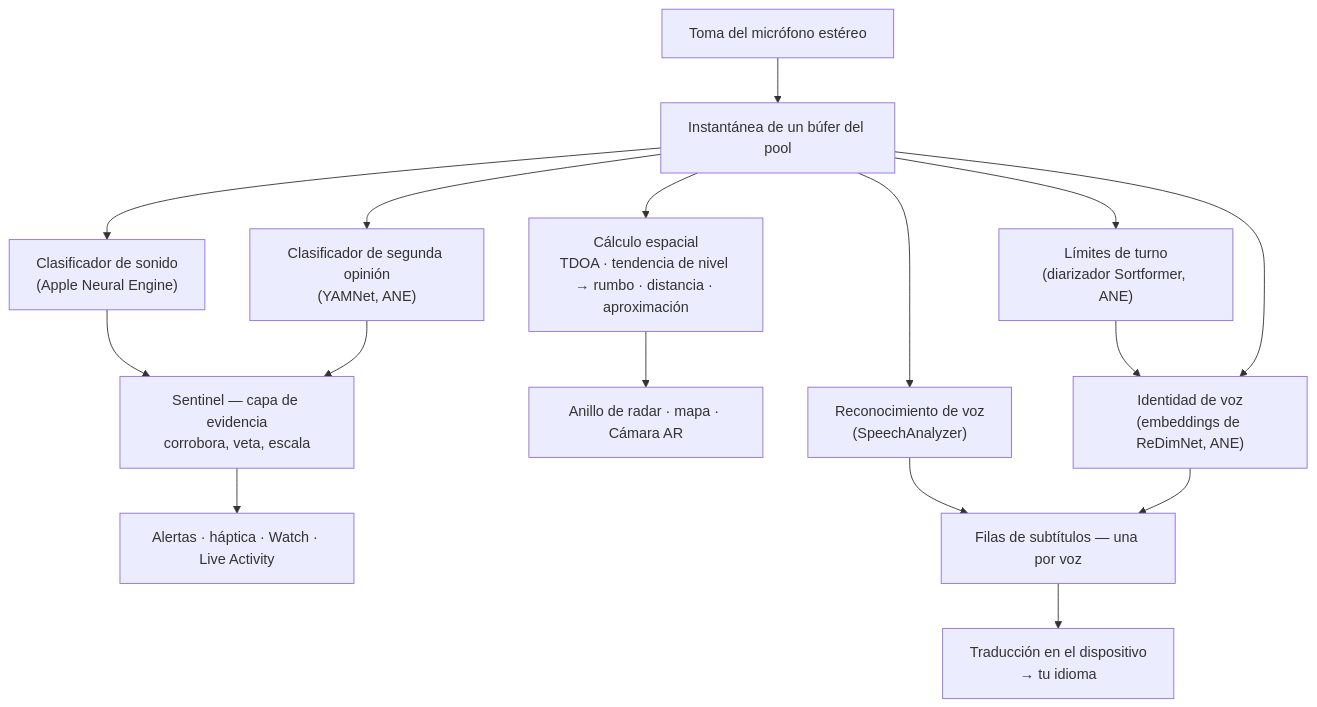
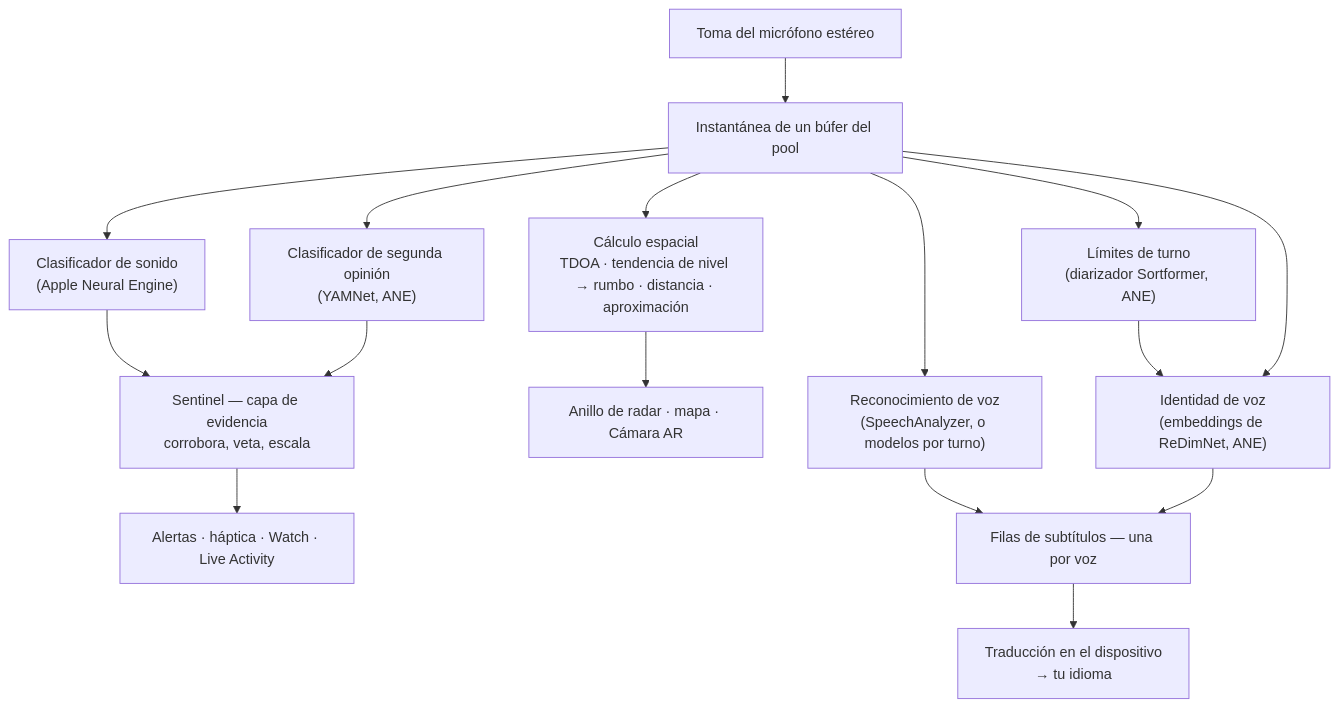
The second of 4 diagrams in README_es.md (rpalm01-star/VigilantEarLegal), drawn with Mermaid before and after one commit. The commit also changed other lines of this file and 14 other files, not shown here.

````diff
--- a/README_es.md
+++ b/README_es.md
@@ -134,18 +145,18 @@
 ```mermaid
 graph TD
     A["Toma del micrófono estéreo"] --> B["Instantánea de un búfer del pool"]
     B --> C["Clasificador de sonido<br/>(Apple Neural Engine)"]
     B --> Y["Clasificador de segunda opinión<br/>(YAMNet, ANE)"]
     C --> S["Sentinel — capa de evidencia<br/>corrobora, veta, escala"]
     Y --> S
     S --> H["Alertas · háptica · Watch · Live Activity"]
     B --> D["Cálculo espacial<br/>TDOA · tendencia de nivel → rumbo · distancia · aproximación"]
     D --> R["Anillo de radar · mapa · Cámara AR"]
-    B --> F["Reconocimiento de voz<br/>(SpeechAnalyzer)"]
+    B --> F["Reconocimiento de voz<br/>(SpeechAnalyzer, o modelos por turno)"]
     B --> N["Límites de turno<br/>(diarizador Sortformer, ANE)"]
     N --> E["Identidad de voz<br/>(embeddings de ReDimNet, ANE)"]
     B --> E
     F --> G["Filas de subtítulos — una por voz"]
     E --> G
     G --> T["Traducción en el dispositivo<br/>→ tu idioma"]
 ```
````
